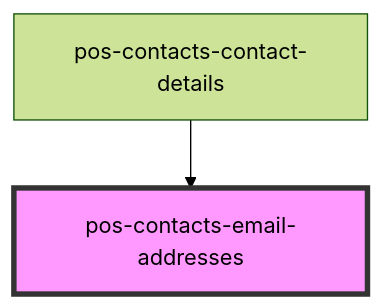
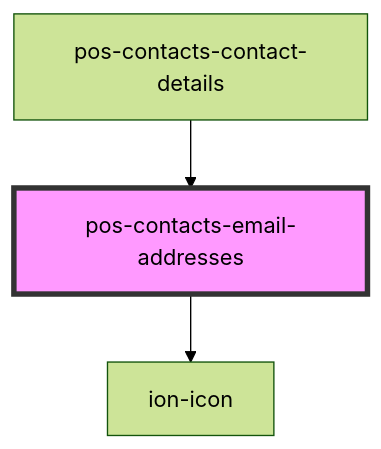
One commit to pod-os/PodOS changed the diagram in contacts/src/components/contact-details/email-addresses/readme.md. Above: the diagram before and after it, drawn with Mermaid (forest theme). The commit also changed other lines of this file and 6 other files, not shown here.

````diff
--- a/contacts/src/components/contact-details/email-addresses/readme.md
+++ b/contacts/src/components/contact-details/email-addresses/readme.md
@@ -22,5 +26,6 @@
 ```mermaid
 graph TD;
+  pos-contacts-email-addresses --> ion-icon
   pos-contacts-contact-details --> pos-contacts-email-addresses
   style pos-contacts-email-addresses fill:#f9f,stroke:#333,stroke-width:4px
 ```
````
